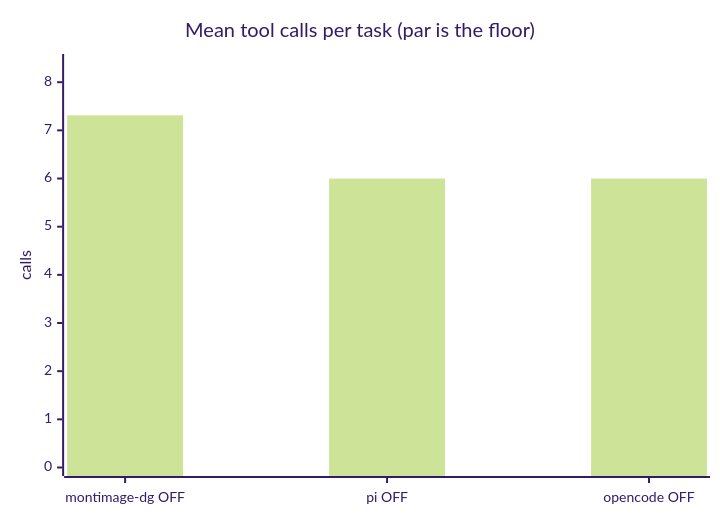
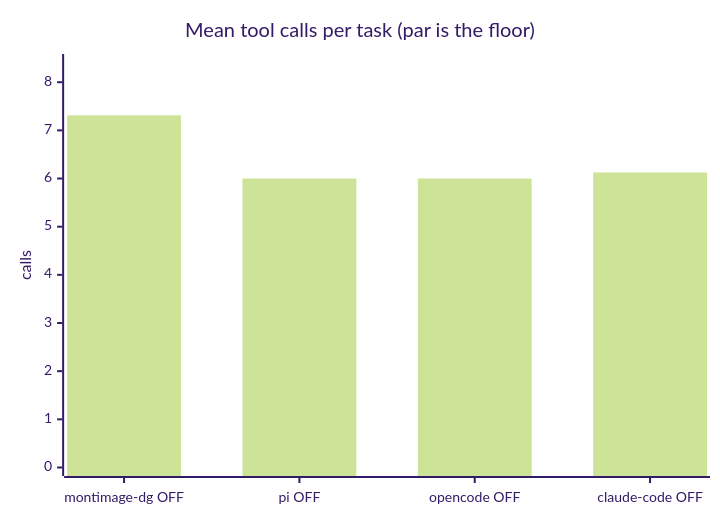
Before and after one commit to luongnv89/dgx-spark-llm-lab: the fourth of 6 diagrams in results/2026-08-20-pi-harness/REPORT.md, drawn with Mermaid (forest theme). The commit also changed other lines of this file and 12 other files, not shown here.

First line of the commit message:
Add the Claude Code harness adapter and fold it into the comparison (#1)

````diff
--- a/results/2026-08-20-pi-harness/REPORT.md
+++ b/results/2026-08-20-pi-harness/REPORT.md
@@ -51,7 +54,7 @@
 ```mermaid
 xychart-beta
     title "Mean tool calls per task (par is the floor)"
-    x-axis ["montimage-dg OFF", "pi OFF", "opencode OFF"]
+    x-axis ["montimage-dg OFF", "pi OFF", "opencode OFF", "claude-code OFF"]
     y-axis "calls" 0 --> 8.409
-    bar [7.312, 6, 6]
+    bar [7.312, 6, 6, 6.125]
 ```
````
